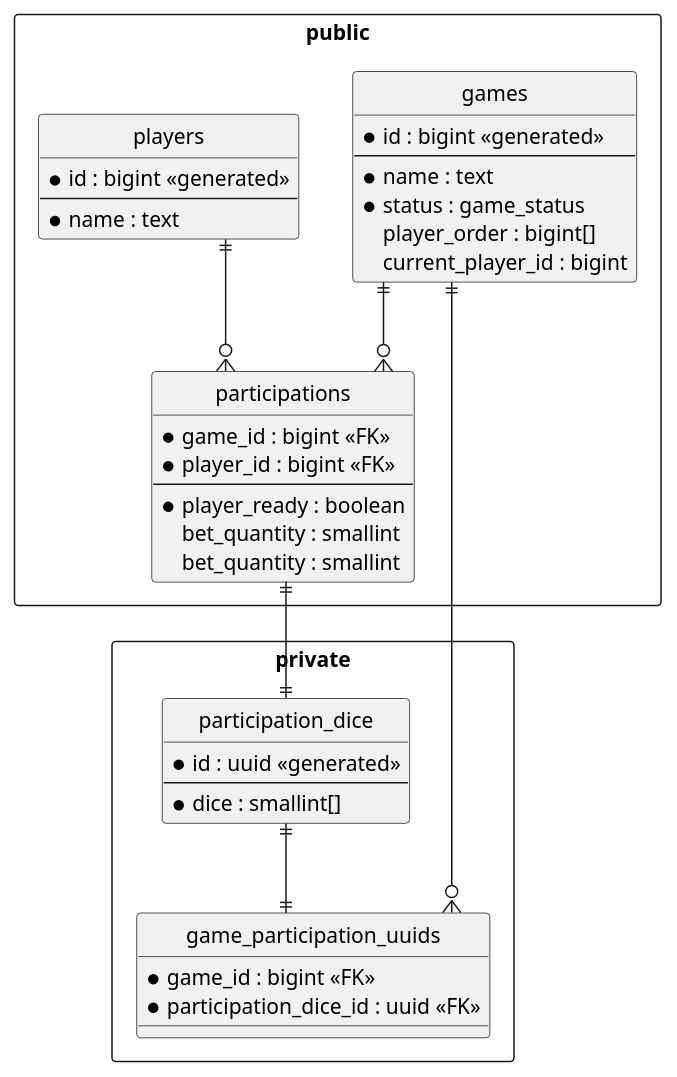
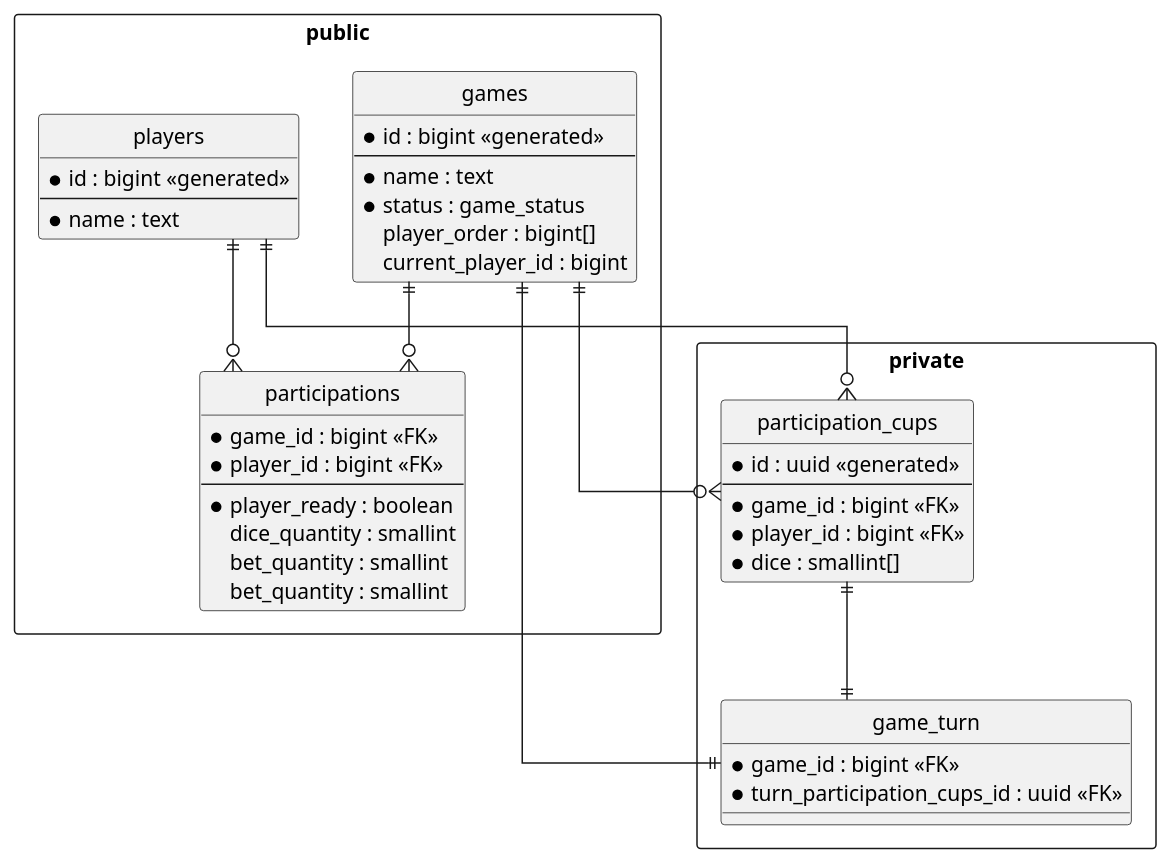
One commit to fifersheep/dice changed the diagram in docs/db.puml. Above: the diagram before and after it, drawn with PlantUML. The commit also changed 4 other files, not shown here.

First line of the commit message:
update db to link player_id, game_id, and participation_cup_id :(

```diff
--- a/docs/db.puml
+++ b/docs/db.puml
@@ -1,52 +1,56 @@
 @startuml db
 ' hide the spot
 hide circle
 
 ' avoid problems with angled crows feet
 skinparam linetype ortho
 
 package public <<Rectangle>> {
   entity games {
     *id : bigint <<generated>>
     --
     *name : text
     *status : game_status
     player_order : bigint[]
     current_player_id : bigint
   }
   
   entity players {
     *id : bigint <<generated>>
     --
     *name : text
   }
   
   entity participations {
     *game_id : bigint <<FK>>
     *player_id : bigint <<FK>>
     --
     *player_ready : boolean
+    dice_quantity : smallint
     bet_quantity : smallint
     bet_quantity : smallint
   }
 }
 
 package private <<Rectangle>> {
-  entity participation_dice {
+  entity participation_cups {
     *id : uuid <<generated>>
     --
+    *game_id : bigint <<FK>>
+    *player_id : bigint <<FK>>
     *dice : smallint[]
   }
   
-  entity game_participation_uuids {
+  entity game_turn {
     *game_id : bigint <<FK>>
-    *participation_dice_id : uuid <<FK>>
+    *turn_participation_cups_id : uuid <<FK>>
   }
 }
 
 games ||--o{ participations
 players ||--o{ participations
-participations ||--|| participation_dice
-game_participation_uuids }o--|| games
-participation_dice ||--|| game_participation_uuids
+games ||--o{ participation_cups
+players ||--o{ participation_cups
+game_turn ||--|| games
+participation_cups ||--|| game_turn
 @enduml
```
